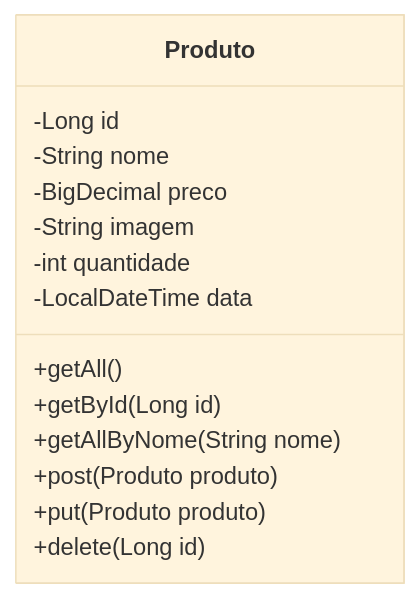
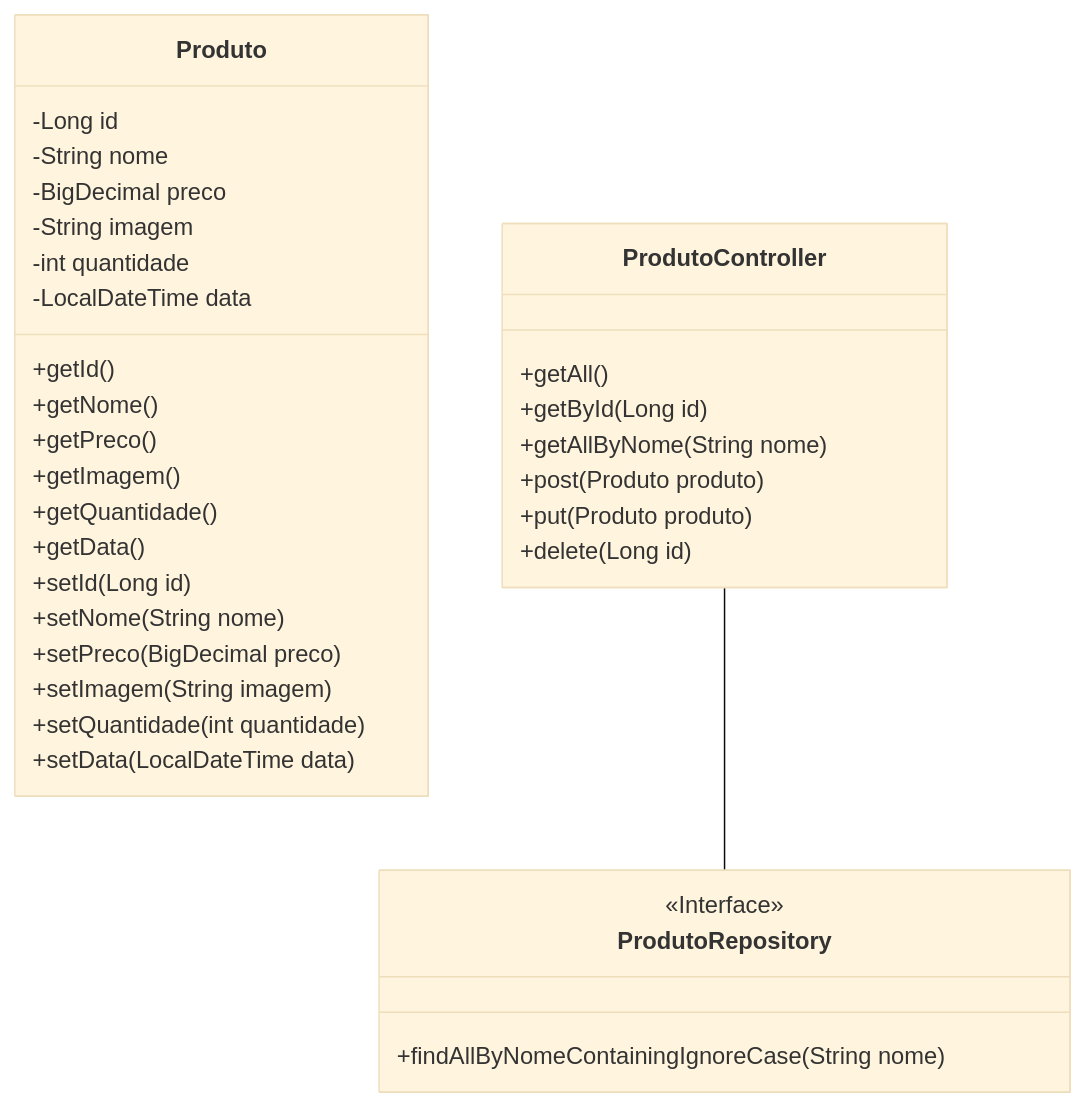
The diagram in README.md (Cavaleiros-Templarios/Projeto_01_Backend), drawn with Mermaid (base theme) before and after one commit.

````diff
--- a/README.md
+++ b/README.md
@@ -35,18 +35,43 @@
 ```mermaid
 classDiagram
 direction TB
+    class ProdutoRepository {
+	    +findAllByNomeContainingIgnoreCase(String nome)
+    }
+
     class Produto {
 	    -Long id
 	    -String nome
 	    -BigDecimal preco
 	    -String imagem
 	    -int quantidade
 	    -LocalDateTime data
+	    +getId()
+	    +getNome()
+	    +getPreco()
+	    +getImagem()
+	    +getQuantidade()
+	    +getData()
+	    +setId(Long id)
+	    +setNome(String nome)
+	    +setPreco(BigDecimal preco)
+	    +setImagem(String imagem)
+	    +setQuantidade(int quantidade)
+	    +setData(LocalDateTime data)
+    }
+
+    class ProdutoController {
 	    +getAll()
 	    +getById(Long id)
 	    +getAllByNome(String nome)
 	    +post(Produto produto)
 	    +put(Produto produto)
 	    +delete(Long id)
     }
+
+	<<Interface>> ProdutoRepository
+
+    ProdutoController -- ProdutoRepository
+
+
 ```
````
